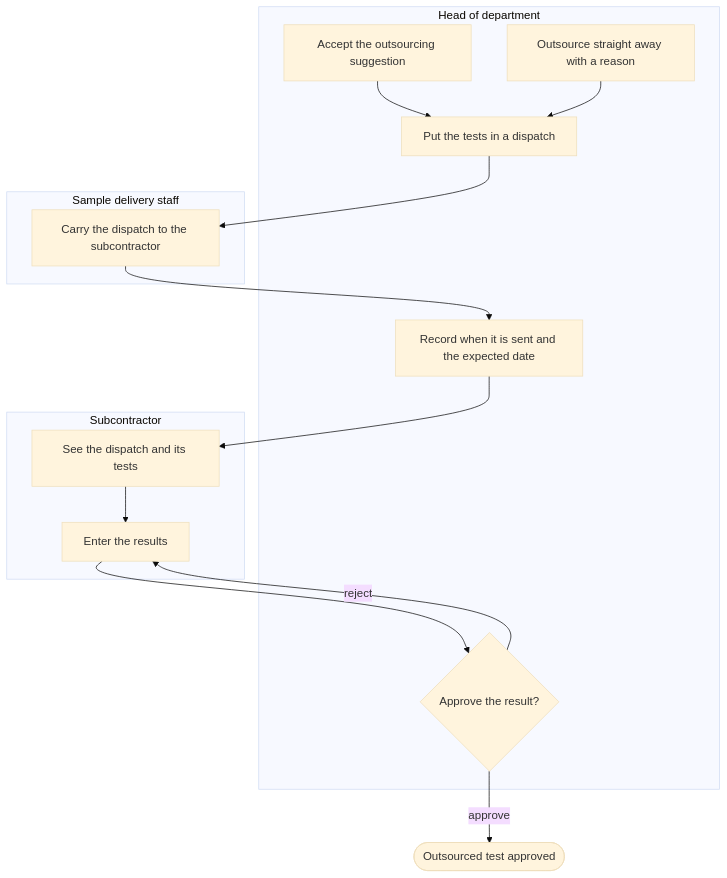
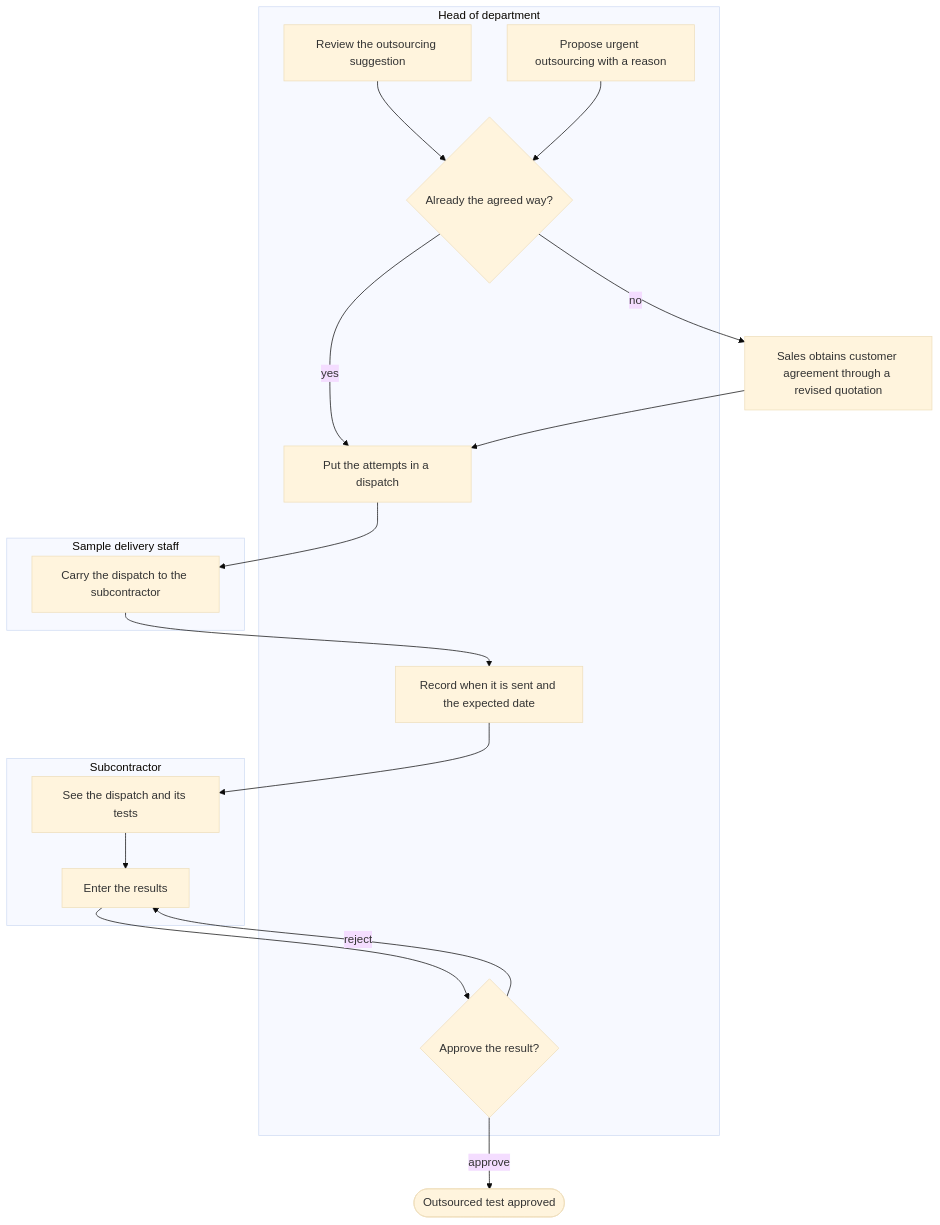
One commit to SoltuneMontepre/medilab changed the fifth of 16 diagrams in docs/functional/business-flows.md. Above: the diagram before and after it, drawn with Mermaid (base theme). The commit also changed other lines of this file and 30 other files, not shown here.

````diff
--- a/docs/functional/business-flows.md
+++ b/docs/functional/business-flows.md
@@ -231,19 +249,22 @@
 ```mermaid
 flowchart TD
     subgraph lane12 ["Head of department"]
-        h1[Accept the outsourcing suggestion] --> h2[Put the tests in a dispatch]
-        h0[Outsource straight away with a reason] --> h2
+        h1[Review the outsourcing suggestion] --> agreed{Already the agreed way?}
+        h0[Propose urgent outsourcing with a reason] --> agreed
+        h2[Put the attempts in a dispatch]
         h3[Record when it is sent and the expected date]
         h4{Approve the result?}
     end
     subgraph lane13 ["Sample delivery staff"]
         d1[Carry the dispatch to the subcontractor]
     end
     subgraph lane14 ["Subcontractor"]
         s1[See the dispatch and its tests] --> s2[Enter the results]
     end
+    agreed -->|yes| h2
+    agreed -->|no| revise[Sales obtains customer agreement through a revised quotation] --> h2
     h2 --> d1 --> h3 --> s1
     s2 --> h4
     h4 -->|reject| s2
     h4 -->|approve| done([Outsourced test approved])
 ```
````
